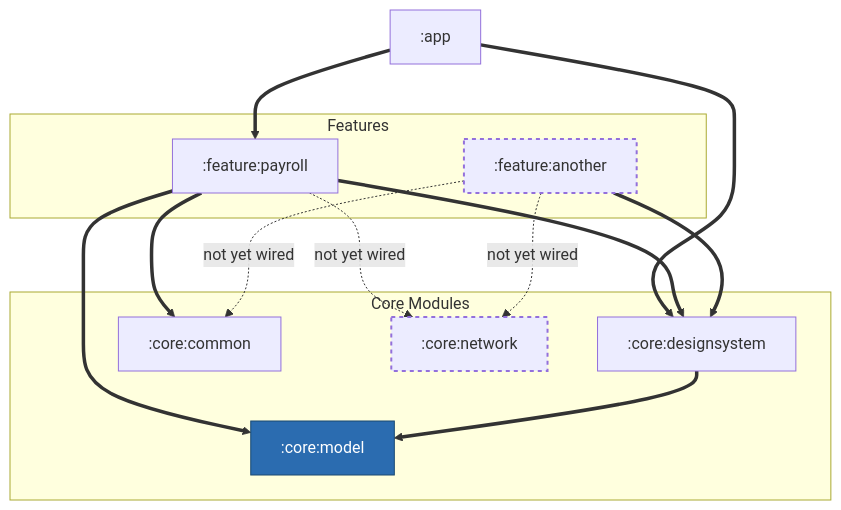
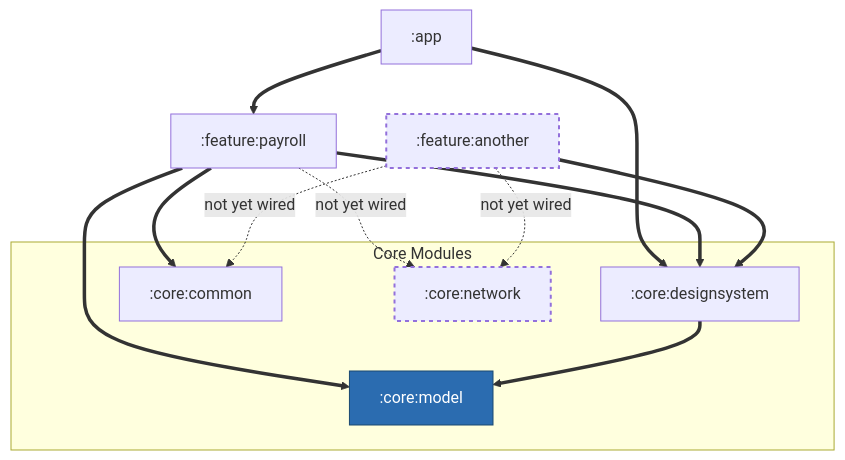
The diagram in README.md (deepakkanyan/Payroll), drawn with Mermaid before and after one commit.

Commit message:
Ungroup feature nodes in README diagram
Feature modules render as standalone nodes instead of boxed inside a
shared subgraph.

Claude-Session: https://claude.ai/code/session_01RtQxSofSYoGgXd4Ntprm28

````diff
--- a/README.md
+++ b/README.md
@@ -71,35 +71,32 @@
 ```mermaid
 graph TD
     App[":app"]
-
-    subgraph Features
-        FeaturePayroll[":feature:payroll"]
-        FeatureAnother[":feature:another"]
-    end
+    FeaturePayroll[":feature:payroll"]
+    FeatureAnother[":feature:another"]
 
     subgraph Core Modules
         CoreDesignSystem[":core:designsystem"]
         CoreModel[":core:model"]
         CoreCommon[":core:common"]
         CoreNetwork[":core:network"]
     end
 
     App ==> FeaturePayroll
     App ==> CoreDesignSystem
 
     FeaturePayroll ==> CoreDesignSystem
     FeaturePayroll ==> CoreModel
     FeaturePayroll ==> CoreCommon
     FeaturePayroll -.->|not yet wired| CoreNetwork
 
     FeatureAnother ==> CoreDesignSystem
     FeatureAnother -.->|not yet wired| CoreCommon
     FeatureAnother -.->|not yet wired| CoreNetwork
 
     CoreDesignSystem ==> CoreModel
 
     classDef core fill:#2b6cb0,color:#fff,stroke:#1a4971,stroke-width:1px
     classDef planned stroke-dasharray:4,3,stroke-width:2px
     class CoreModel core
     class FeatureAnother,CoreNetwork planned
 ```
````
